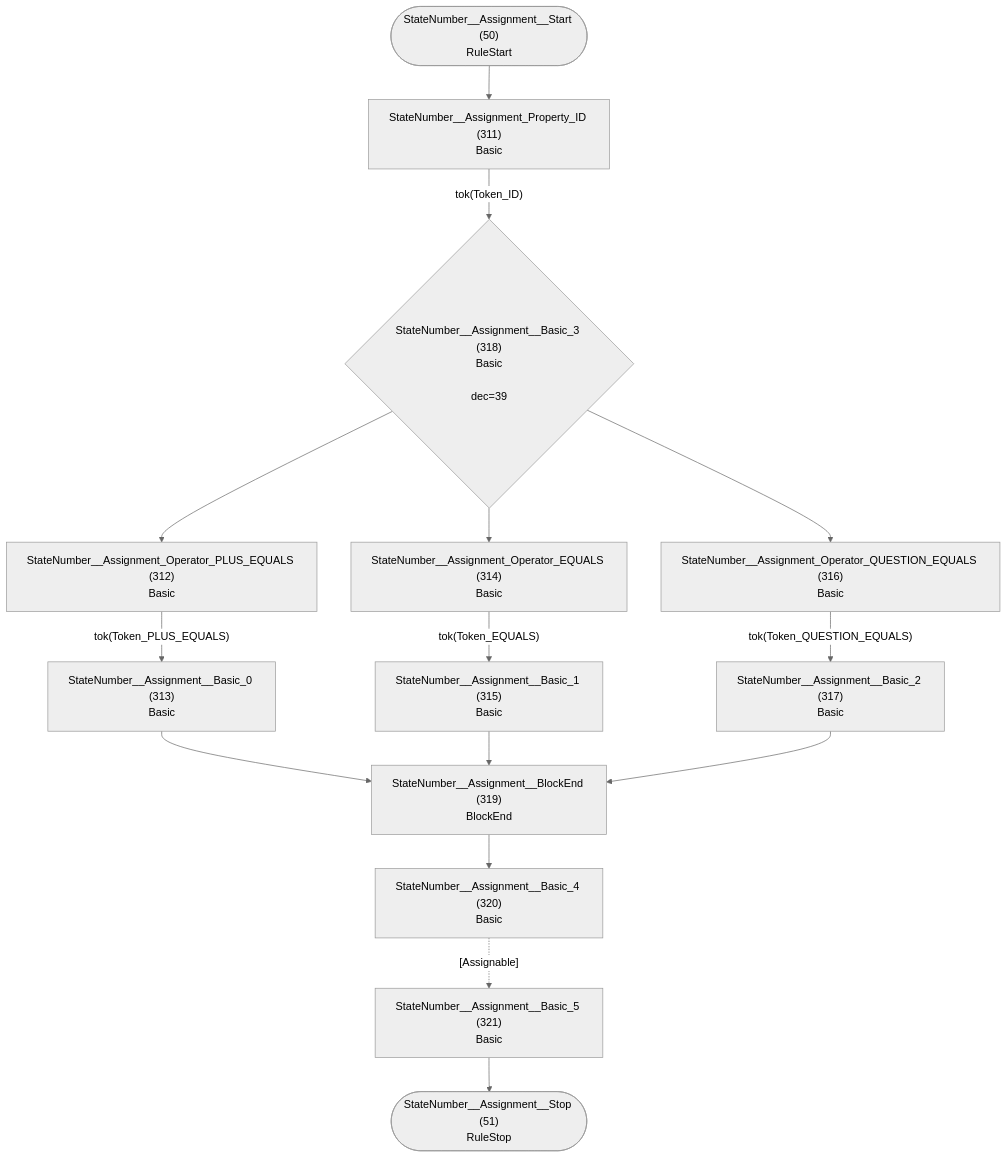
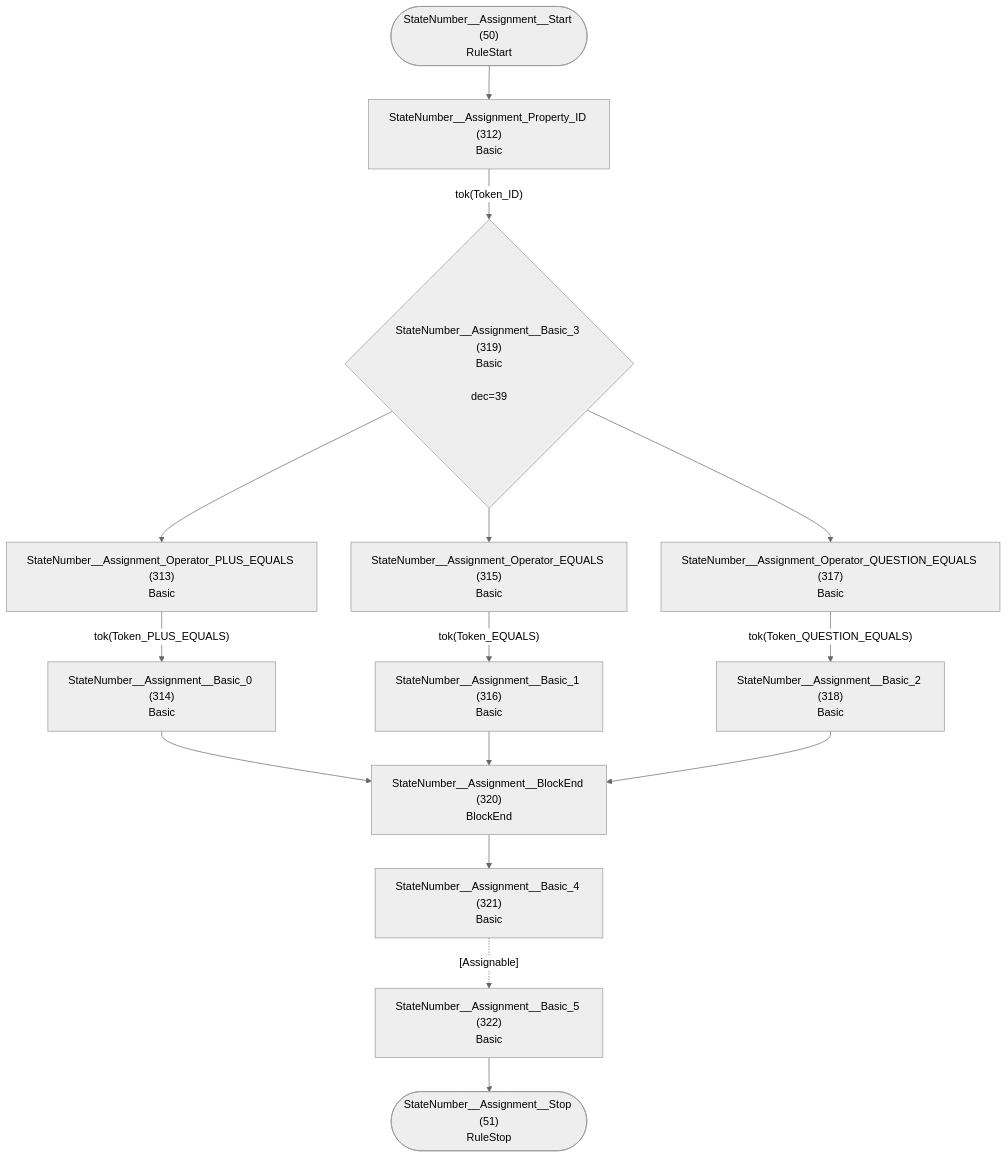
One commit to TypeFox/fastbelt changed diagram 26 of 36 in internal/grammar/atn.md. Above: the diagram before and after it, drawn with Mermaid (neutral theme). The commit also changed other lines of this file and 9 other files, not shown here.

````diff
--- a/internal/grammar/atn.md
+++ b/internal/grammar/atn.md
@@ -786,31 +788,31 @@
 ```mermaid
 flowchart TD
     q50(["StateNumber__Assignment__Start (50)<br/>RuleStart"])
     q51(["StateNumber__Assignment__Stop (51)<br/>RuleStop"])
-    q311["StateNumber__Assignment_Property_ID (311)<br/>Basic<br/>"]
-    q312["StateNumber__Assignment_Operator_PLUS_EQUALS (312)<br/>Basic<br/>"]
-    q313["StateNumber__Assignment__Basic_0 (313)<br/>Basic<br/>"]
-    q314["StateNumber__Assignment_Operator_EQUALS (314)<br/>Basic<br/>"]
-    q315["StateNumber__Assignment__Basic_1 (315)<br/>Basic<br/>"]
-    q316["StateNumber__Assignment_Operator_QUESTION_EQUALS (316)<br/>Basic<br/>"]
-    q317["StateNumber__Assignment__Basic_2 (317)<br/>Basic<br/>"]
-    q318{"StateNumber__Assignment__Basic_3 (318)<br/>Basic<br/><br/>dec=39"}
-    q319["StateNumber__Assignment__BlockEnd (319)<br/>BlockEnd<br/>"]
-    q320["StateNumber__Assignment__Basic_4 (320)<br/>Basic<br/>"]
-    q321["StateNumber__Assignment__Basic_5 (321)<br/>Basic<br/>"]
+    q312["StateNumber__Assignment_Property_ID (312)<br/>Basic<br/>"]
+    q313["StateNumber__Assignment_Operator_PLUS_EQUALS (313)<br/>Basic<br/>"]
+    q314["StateNumber__Assignment__Basic_0 (314)<br/>Basic<br/>"]
+    q315["StateNumber__Assignment_Operator_EQUALS (315)<br/>Basic<br/>"]
+    q316["StateNumber__Assignment__Basic_1 (316)<br/>Basic<br/>"]
+    q317["StateNumber__Assignment_Operator_QUESTION_EQUALS (317)<br/>Basic<br/>"]
+    q318["StateNumber__Assignment__Basic_2 (318)<br/>Basic<br/>"]
+    q319{"StateNumber__Assignment__Basic_3 (319)<br/>Basic<br/><br/>dec=39"}
+    q320["StateNumber__Assignment__BlockEnd (320)<br/>BlockEnd<br/>"]
+    q321["StateNumber__Assignment__Basic_4 (321)<br/>Basic<br/>"]
+    q322["StateNumber__Assignment__Basic_5 (322)<br/>Basic<br/>"]
 
-    q50 --> q311
-    q311 -->|"tok(Token_ID)"| q318
-    q312 -->|"tok(Token_PLUS_EQUALS)"| q313
-    q313 --> q319
-    q314 -->|"tok(Token_EQUALS)"| q315
-    q315 --> q319
-    q316 -->|"tok(Token_QUESTION_EQUALS)"| q317
-    q317 --> q319
-    q318 --> q312
-    q318 --> q314
-    q318 --> q316
-    q319 --> q320
-    q320 -.->|"[Assignable]"| q321
-    q321 --> q51
+    q50 --> q312
+    q312 -->|"tok(Token_ID)"| q319
+    q313 -->|"tok(Token_PLUS_EQUALS)"| q314
+    q314 --> q320
+    q315 -->|"tok(Token_EQUALS)"| q316
+    q316 --> q320
+    q317 -->|"tok(Token_QUESTION_EQUALS)"| q318
+    q318 --> q320
+    q319 --> q313
+    q319 --> q315
+    q319 --> q317
+    q320 --> q321
+    q321 -.->|"[Assignable]"| q322
+    q322 --> q51
 ```
````
